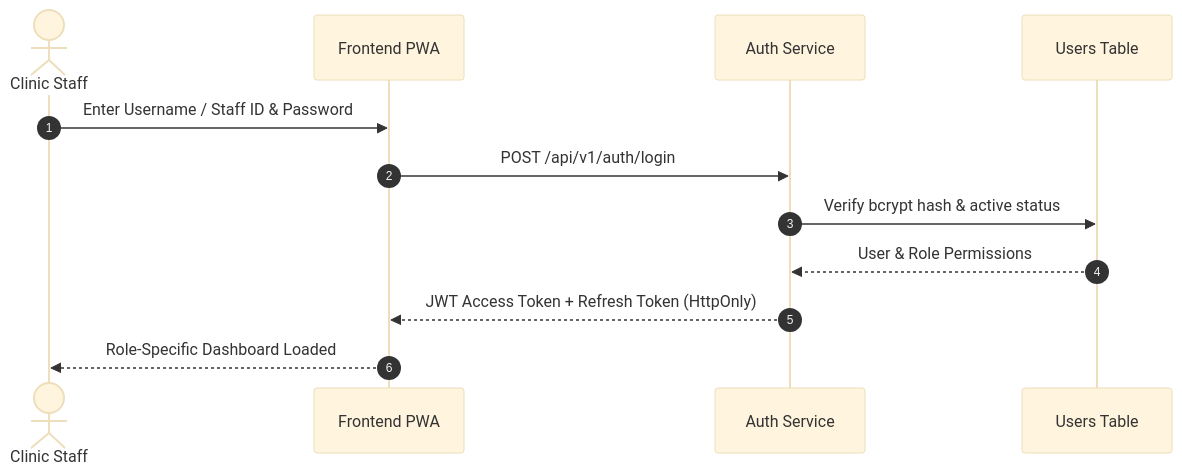
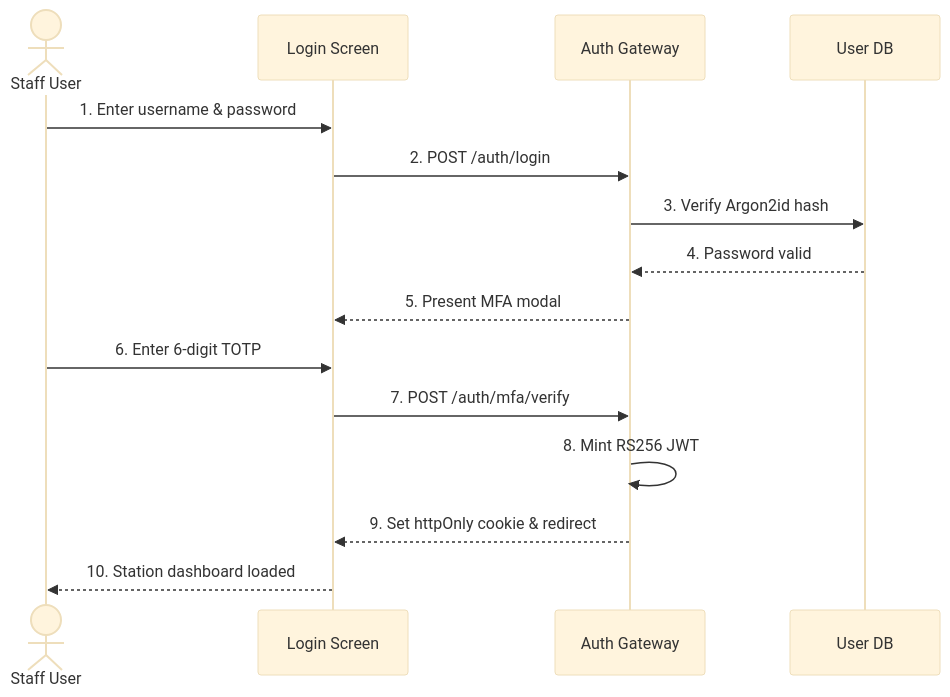
The second of 4 diagrams in docs/03-workflows/02-login-authentication-workflow.md (saimaa0910/mvp), drawn with Mermaid (base theme) before and after one commit. The commit also changed other lines of this file and 54 other files, not shown here.

````diff
--- a/docs/03-workflows/02-login-authentication-workflow.md
+++ b/docs/03-workflows/02-login-authentication-workflow.md
@@ -19,14 +866,17 @@
 ```mermaid
 sequenceDiagram
-    autonumber
-    actor S as Clinic Staff
-    participant UI as Frontend PWA
-    participant API as Auth Service
-    participant DB as Users Table
-    S->>UI: Enter Username / Staff ID & Password
-    UI->>API: POST /api/v1/auth/login
-    API->>DB: Verify bcrypt hash & active status
-    DB-->>API: User & Role Permissions
-    API-->>UI: JWT Access Token + Refresh Token (HttpOnly)
-    UI-->>S: Role-Specific Dashboard Loaded
+    actor U as Staff User
+    participant UI as Login Screen
+    participant G as Auth Gateway
+    participant DB as User DB
+    U->>UI: 1. Enter username & password
+    UI->>G: 2. POST /auth/login
+    G->>DB: 3. Verify Argon2id hash
+    DB-->>G: 4. Password valid
+    G-->>UI: 5. Present MFA modal
+    U->>UI: 6. Enter 6-digit TOTP
+    UI->>G: 7. POST /auth/mfa/verify
+    G->>G: 8. Mint RS256 JWT
+    G-->>UI: 9. Set httpOnly cookie & redirect
+    UI-->>U: 10. Station dashboard loaded
 ```
````
